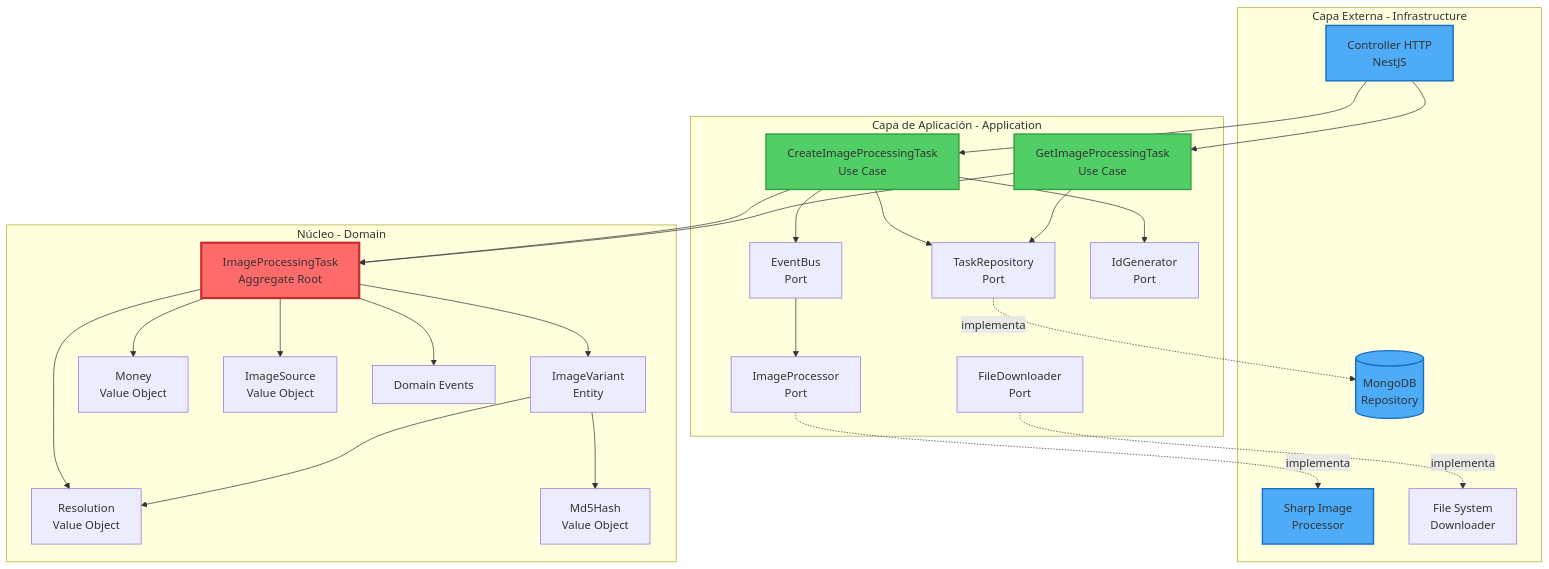
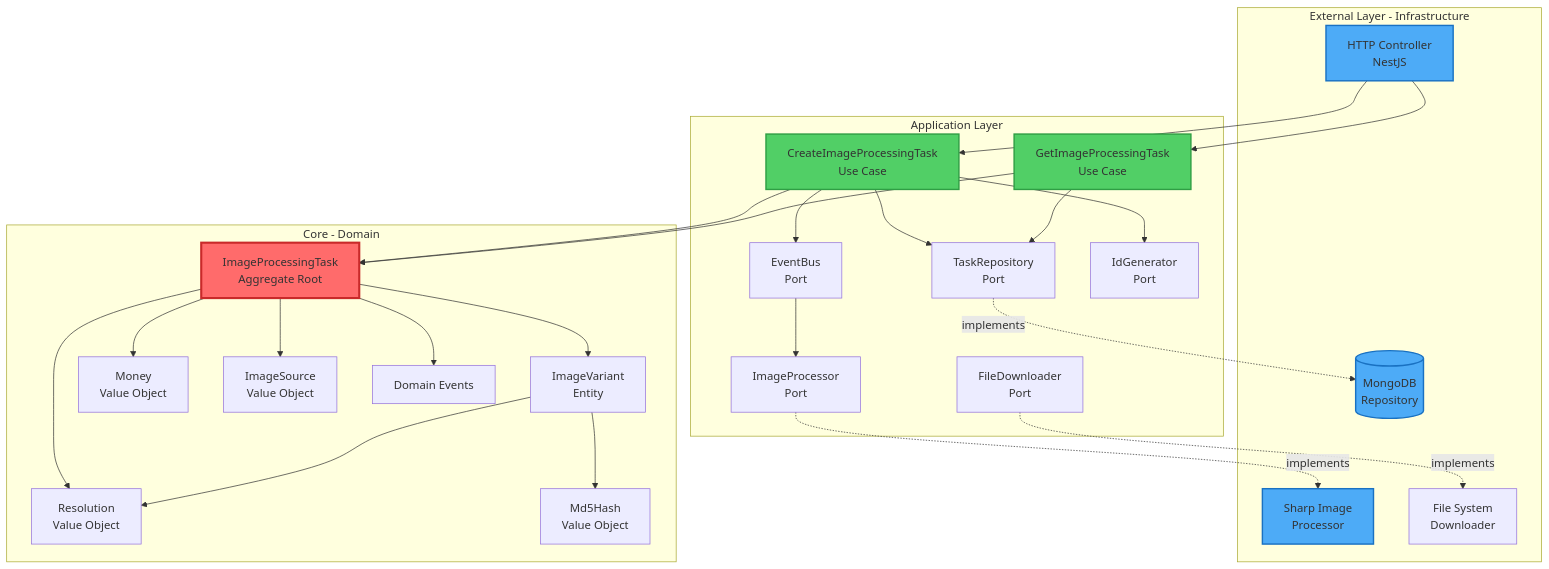
Before and after one commit to smarcilla/hexagonal-image-service: the first of 3 diagrams in README.md, drawn with Mermaid. The commit also changed other lines of this file, not shown here.

````diff
--- a/README.md
+++ b/README.md
@@ -51,57 +33,57 @@
 ```mermaid
 graph TB
-    subgraph "Capa Externa - Infrastructure"
-        HTTP[Controller HTTP<br/>NestJS]
+    subgraph "External Layer - Infrastructure"
+        HTTP[HTTP Controller<br/>NestJS]
         MongoDB[(MongoDB<br/>Repository)]
         Sharp[Sharp Image<br/>Processor]
         FileSystem[File System<br/>Downloader]
     end
 
-    subgraph "Capa de Aplicación - Application"
+    subgraph "Application Layer"
         UC1[CreateImageProcessingTask<br/>Use Case]
         UC2[GetImageProcessingTask<br/>Use Case]
         PORT1[TaskRepository<br/>Port]
         PORT2[ImageProcessor<br/>Port]
         PORT3[FileDownloader<br/>Port]
         PORT4[EventBus<br/>Port]
         PORT5[IdGenerator<br/>Port]
     end
 
-    subgraph "Núcleo - Domain"
+    subgraph "Core - Domain"
         AGG[ImageProcessingTask<br/>Aggregate Root]
         ENT[ImageVariant<br/>Entity]
         VO1[Money<br/>Value Object]
         VO2[Resolution<br/>Value Object]
         VO3[ImageSource<br/>Value Object]
         VO4[Md5Hash<br/>Value Object]
         EVT[Domain Events]
     end
 
     HTTP --> UC1
     HTTP --> UC2
     UC1 --> PORT1
     UC1 --> PORT4
     UC1 --> PORT5
     UC2 --> PORT1
-    PORT1 -.implementa.-> MongoDB
-    PORT2 -.implementa.-> Sharp
-    PORT3 -.implementa.-> FileSystem
+    PORT1 -.implements.-> MongoDB
+    PORT2 -.implements.-> Sharp
+    PORT3 -.implements.-> FileSystem
     PORT4 --> PORT2
 
     UC1 --> AGG
     UC2 --> AGG
     AGG --> ENT
     AGG --> VO1
     AGG --> VO2
     AGG --> VO3
     ENT --> VO2
     ENT --> VO4
     AGG --> EVT
 
     style AGG fill:#ff6b6b,stroke:#c92a2a,stroke-width:3px
     style HTTP fill:#4dabf7,stroke:#1971c2,stroke-width:2px
     style MongoDB fill:#4dabf7,stroke:#1971c2,stroke-width:2px
     style Sharp fill:#4dabf7,stroke:#1971c2,stroke-width:2px
     style UC1 fill:#51cf66,stroke:#2f9e44,stroke-width:2px
     style UC2 fill:#51cf66,stroke:#2f9e44,stroke-width:2px
 ```
````
